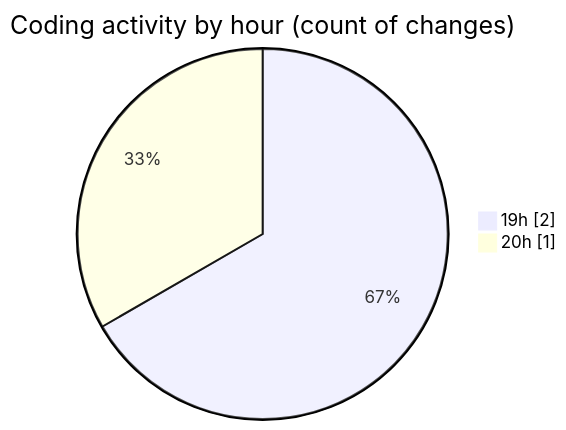
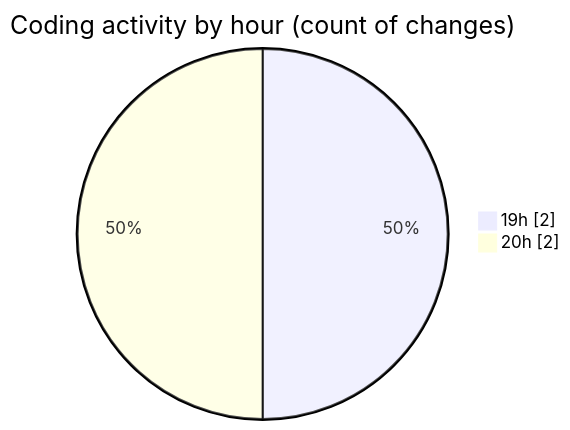
One commit to ricardozamudiocil/code-tracking changed the second of 2 diagrams in 2026-03-01/cilwebcustomercomunication/README.md. Above: the diagram before and after it, drawn with Mermaid. The commit also changed other lines of this file and 1 other file, not shown here.

````diff
--- a/2026-03-01/cilwebcustomercomunication/README.md
+++ b/2026-03-01/cilwebcustomercomunication/README.md
@@ -28,6 +28,6 @@
 ```mermaid
 pie showData
 title Coding activity by hour (count of changes)
 "19h" : 2
-"20h" : 1
+"20h" : 2
 ```
````
